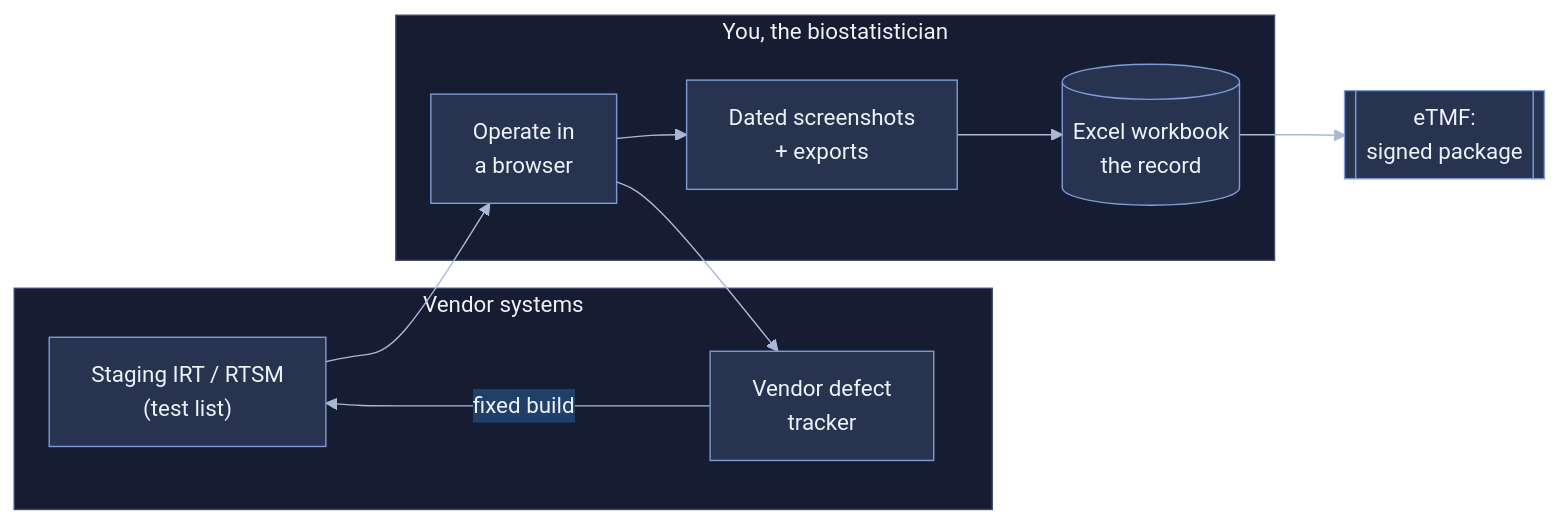
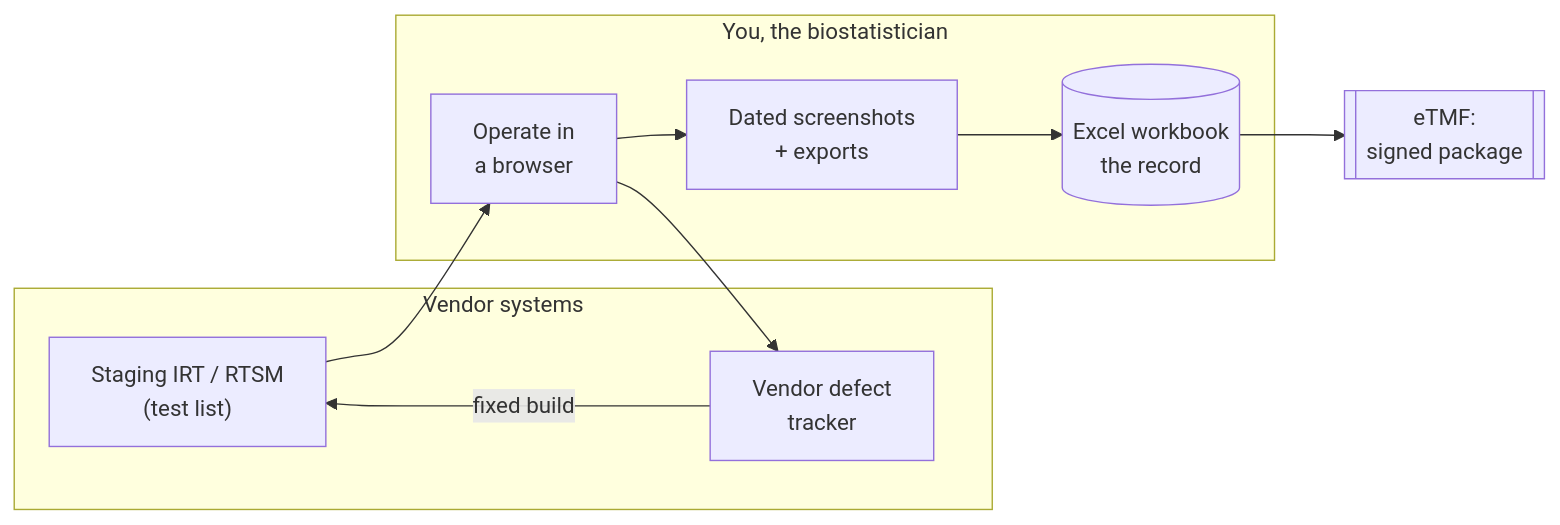
The second of 2 diagrams in uat_irt/quarto/uat-guide.qmd (patrickiben/biometrics-ai-portfolio), drawn with Mermaid before and after one commit. The commit also changed other lines of this file and 26 other files, not shown here.

First line of the commit message:
Quarto pages: diagrams drawn again, figures in both themes, honest Shinylive links

````diff
--- a/uat_irt/quarto/uat-guide.qmd
+++ b/uat_irt/quarto/uat-guide.qmd
@@ -80,18 +79,17 @@
 ```{mermaid}
-%%{init: {'theme':'base','themeVariables':{'primaryColor':'#28344f','primaryTextColor':'#eef2fb','primaryBorderColor':'#7d9bd6','lineColor':'#aab8d6','clusterBkg':'#161d33','clusterBorder':'#3a476a','tertiaryColor':'#20406a','tertiaryTextColor':'#eef2fb','secondaryColor':'#20406a','secondaryTextColor':'#eef2fb'}}}%%
 flowchart LR
   accTitle: Where UAT runs
   accDescr: The biostatistician operates the vendor staging IRT in a browser, keeps dated screenshots and exports in the Excel workbook that is the record, and files the signed package in the eTMF; defects go to the vendor tracker and come back as a fixed build.
   subgraph vendor["Vendor systems"]
     IRT["Staging IRT / RTSM<br/>(test list)"]
     VDEF["Vendor defect<br/>tracker"]
   end
   subgraph you["You, the biostatistician"]
     BR["Operate in<br/>a browser"]
     EV["Dated screenshots<br/>+ exports"]
     WB[("Excel workbook<br/>the record")]
   end
   ETMF[["eTMF:<br/>signed package"]]
   IRT --> BR --> EV --> WB --> ETMF
   BR --> VDEF -->|"fixed build"| IRT
 ```
````
